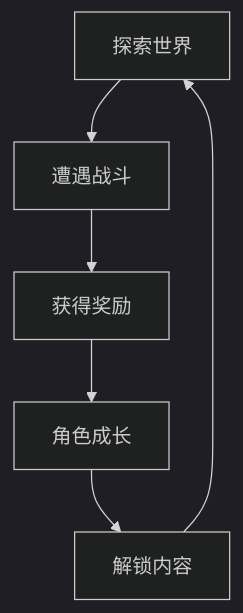
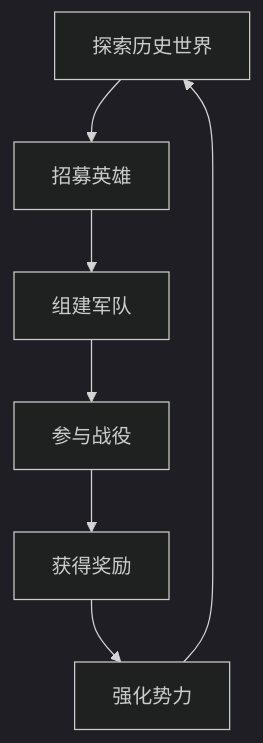
The diagram in AI驱动游戏创作101/ep07-datas/ep07-7-GDD文档模板.md (chutianshu1981/AwesomeUnityTutorial), drawn with Mermaid (dark theme) before and after one commit. The commit also changed other lines of this file and 10 other files, not shown here.

````diff
--- a/AI驱动游戏创作101/ep07-datas/ep07-7-GDD文档模板.md
+++ b/AI驱动游戏创作101/ep07-datas/ep07-7-GDD文档模板.md
@@ -42,8 +51,9 @@
    ```mermaid
    graph TD
-       A[探索世界] --> B[遭遇战斗]
-       B --> C[获得奖励]
-       C --> D[角色成长]
-       D --> E[解锁内容]
-       E --> A
+       A[探索历史世界] --> B[招募英雄]
+       B --> C[组建军队]
+       C --> D[参与战役]
+       D --> E[获得奖励]
+       E --> F[强化势力]
+       F --> A
    ```
````
